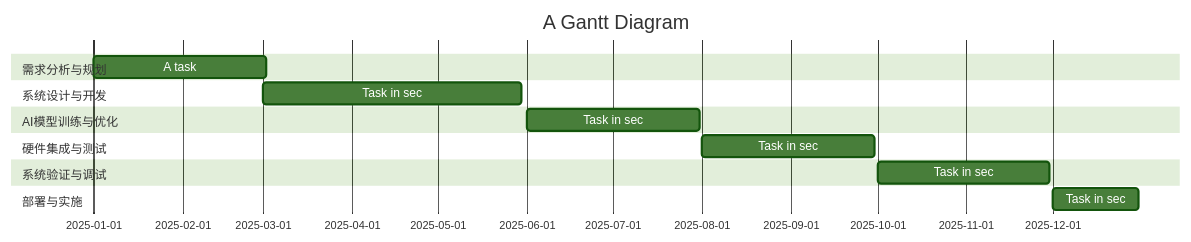
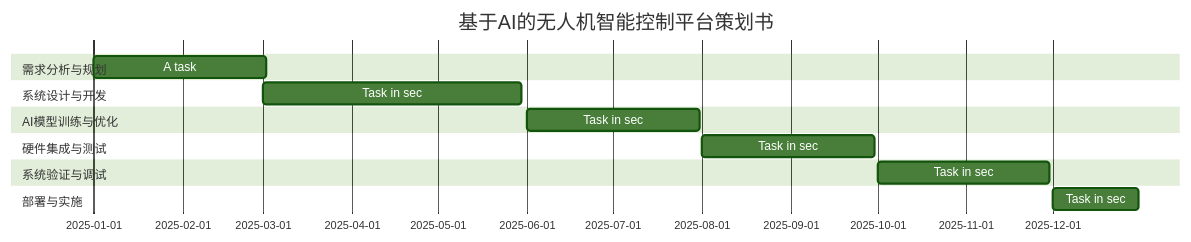
The diagram in all/代码甘特图.md (libobo6/iodraw-files), drawn with Mermaid (forest theme) before and after one commit.

Commit message:
2025-01-14 10:57:26 update

````diff
--- a/all/代码甘特图.md
+++ b/all/代码甘特图.md
@@ -1,17 +1,17 @@
 ```mermaid
 gantt
-    title A Gantt Diagram
+    title 基于AI的无人机智能控制平台策划书
     dateFormat  YYYY-MM-DD
     section 需求分析与规划
     A task           :2025-01-01, 60d
     section 系统设计与开发
     Task in sec      :2025-03-01, 90d
     section AI模型训练与优化
     Task in sec      :2025-06-01  , 60d
     section 硬件集成与测试
     Task in sec      :2025-08-01  , 60d
     section 系统验证与调试
     Task in sec      :2025-10-01  , 60d
     section 部署与实施
     Task in sec      :2025-12-01  , 30d
 ```
````
